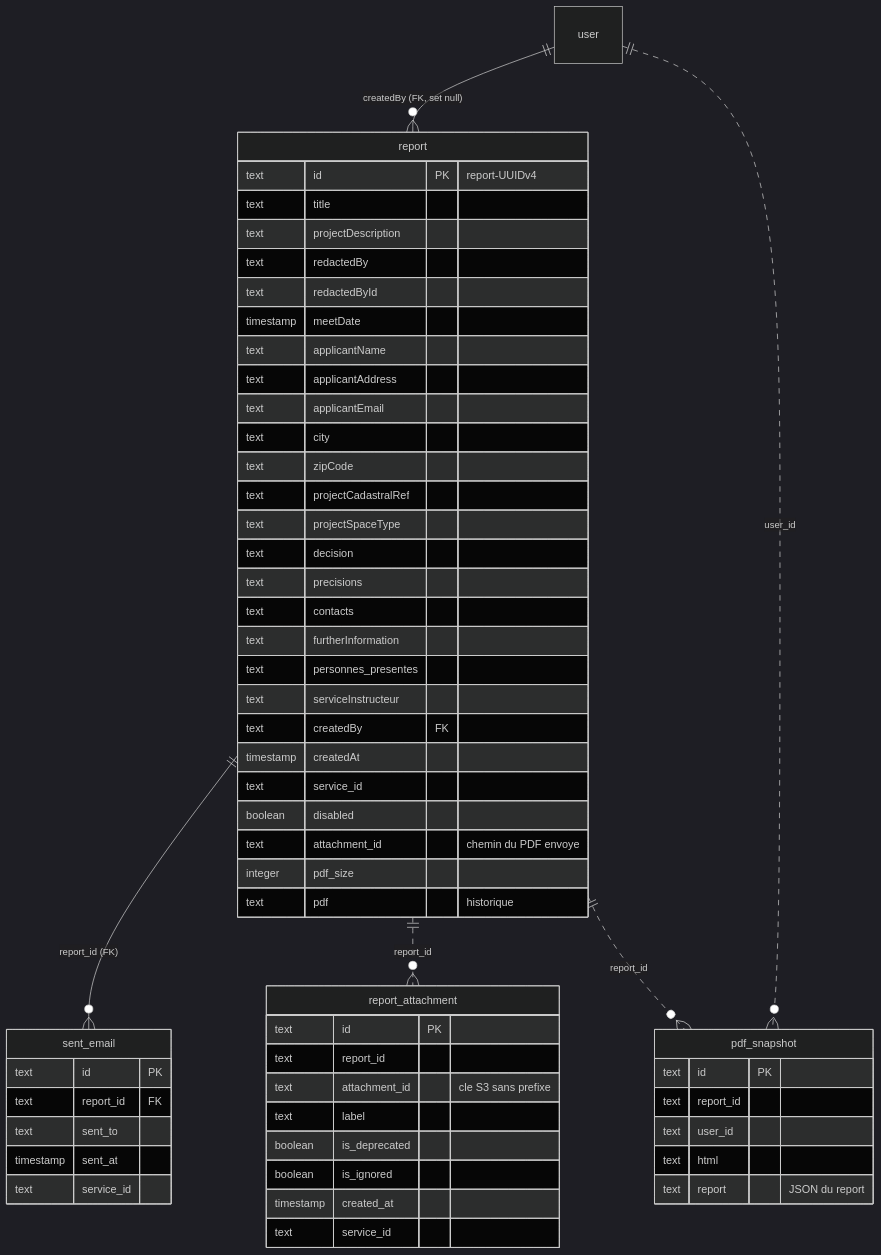
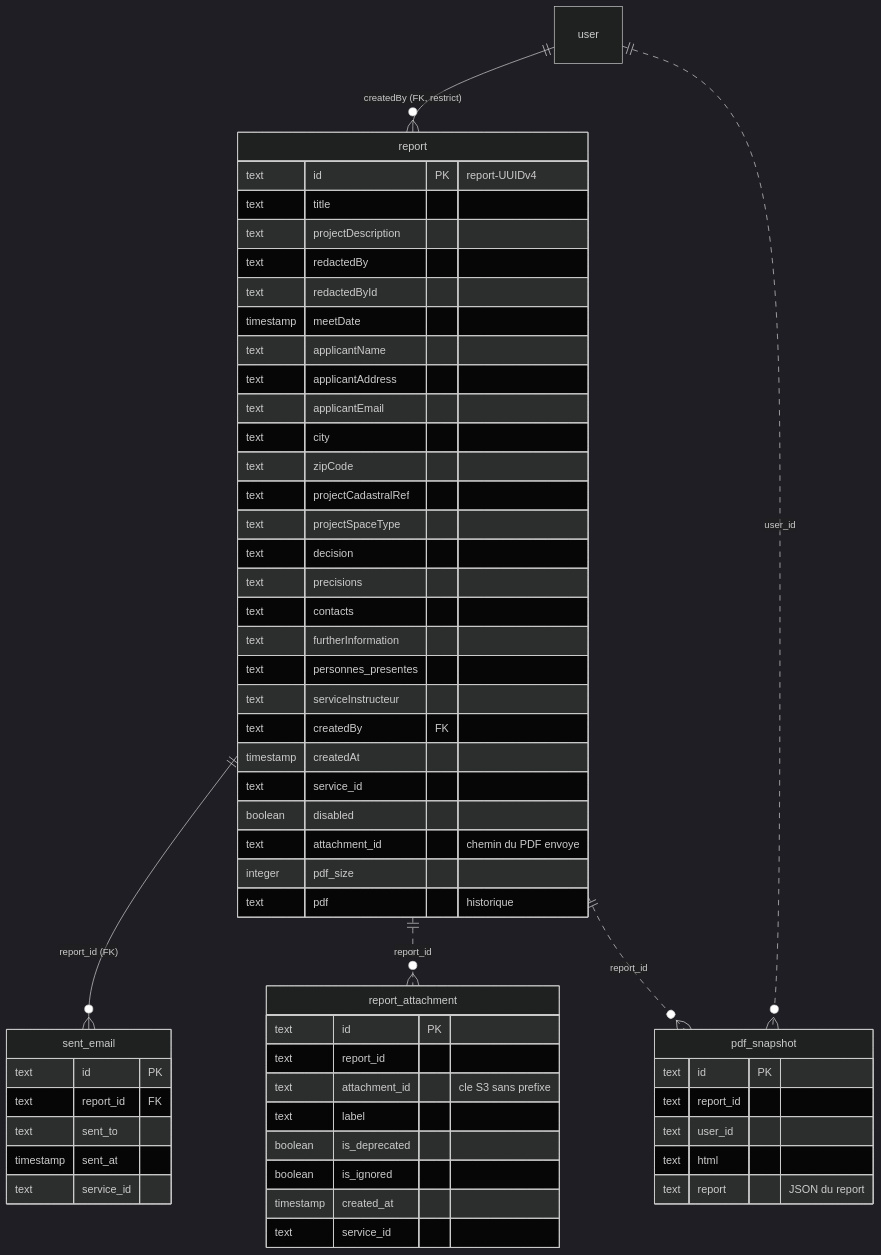
The second of 4 diagrams in docs/06-modele-de-donnees.md (betagouv/patrinotes), drawn with Mermaid (dark theme) before and after one commit. The commit also changed other lines of this file and 18 other files, not shown here.

````diff
--- a/docs/06-modele-de-donnees.md
+++ b/docs/06-modele-de-donnees.md
@@ -135,61 +136,61 @@
 ```mermaid
 erDiagram
-    user ||--o{ report : "createdBy (FK, set null)"
+    user ||--o{ report : "createdBy (FK, restrict)"
     report ||--o{ sent_email : "report_id (FK)"
     report ||..o{ report_attachment : "report_id"
     report ||..o{ pdf_snapshot : "report_id"
     user ||..o{ pdf_snapshot : "user_id"
 
     report {
         text id PK "report-UUIDv4"
         text title
         text projectDescription
         text redactedBy
         text redactedById
         timestamp meetDate
         text applicantName
         text applicantAddress
         text applicantEmail
         text city
         text zipCode
         text projectCadastralRef
         text projectSpaceType
         text decision
         text precisions
         text contacts
         text furtherInformation
         text personnes_presentes
         text serviceInstructeur
         text createdBy FK
         timestamp createdAt
         text service_id
         boolean disabled
         text attachment_id "chemin du PDF envoye"
         integer pdf_size
         text pdf "historique"
     }
     report_attachment {
         text id PK
         text report_id
         text attachment_id "cle S3 sans prefixe"
         text label
         boolean is_deprecated
         boolean is_ignored
         timestamp created_at
         text service_id
     }
     pdf_snapshot {
         text id PK
         text report_id
         text user_id
         text html
         text report "JSON du report"
     }
     sent_email {
         text id PK
         text report_id FK
         text sent_to
         timestamp sent_at
         text service_id
     }
 ```
````
